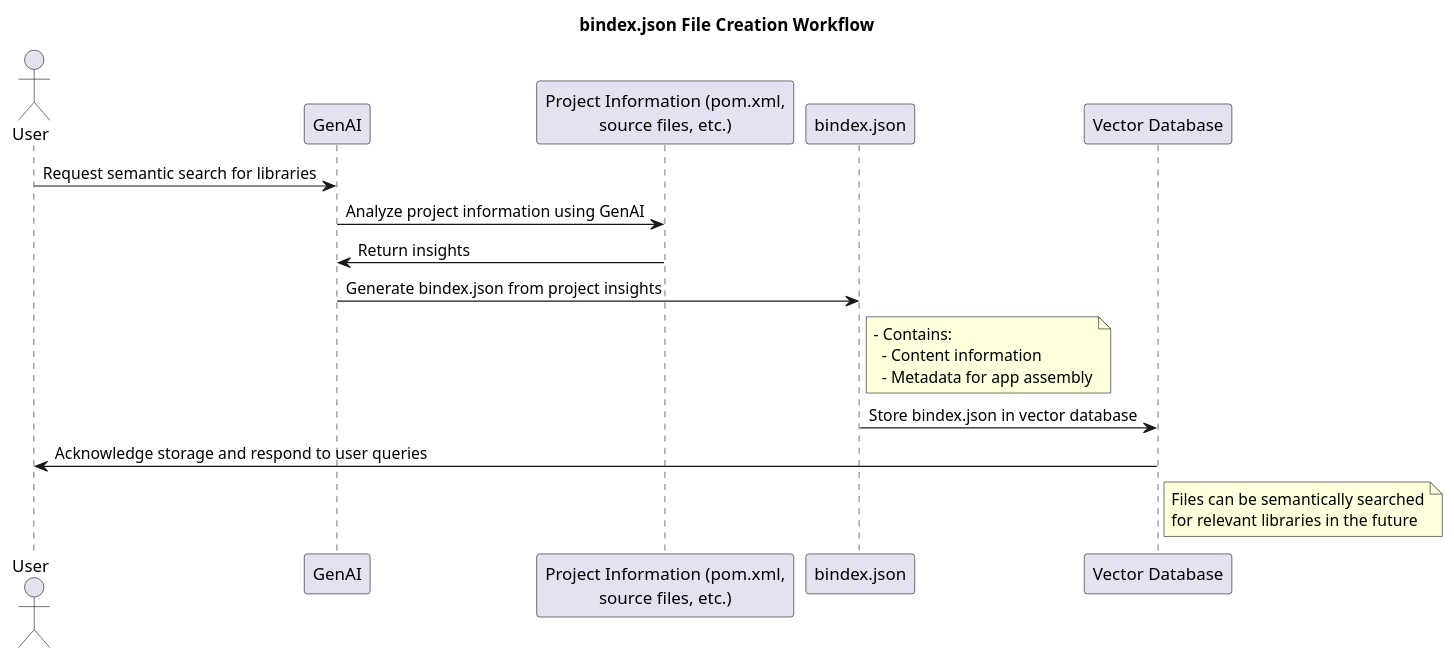
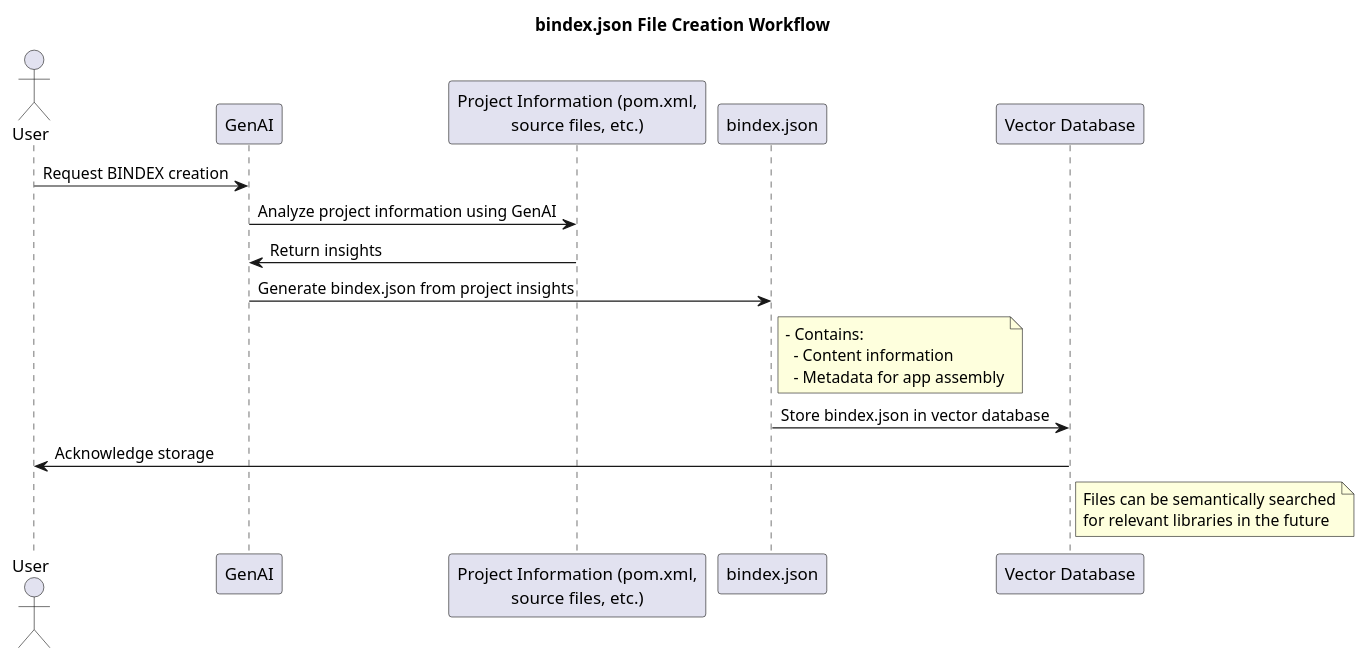
Before and after one commit to machanism-org/machai: the diagram in src/site/puml/bindex-creation-workflow.puml, drawn with PlantUML. The commit also changed 2 other files, not shown here.

```diff
--- a/src/site/puml/bindex-creation-workflow.puml
+++ b/src/site/puml/bindex-creation-workflow.puml
@@ -1,27 +1,27 @@
 @startuml
 title bindex.json File Creation Workflow
 
 actor User as U
 participant "GenAI" as G
 participant "Project Information (pom.xml,\nsource files, etc.)" as P
 participant "bindex.json" as B
 participant "Vector Database" as V
 
-U -> G : Request semantic search for libraries
+U -> G : Request BINDEX creation
 G -> P : Analyze project information using GenAI
 P -> G : Return insights
 
 G -> B : Generate bindex.json from project insights
 note right of B
 - Contains:
   - Content information
   - Metadata for app assembly
 end note
 
 B -> V : Store bindex.json in vector database
-V -> U : Acknowledge storage and respond to user queries
+V -> U : Acknowledge storage
 note right of V
 Files can be semantically searched
 for relevant libraries in the future
 end note
 @enduml
```
